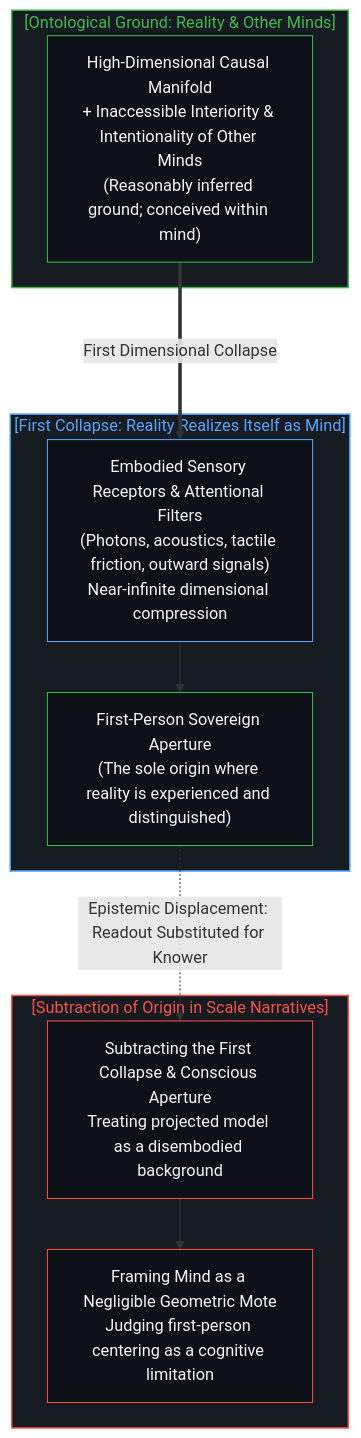
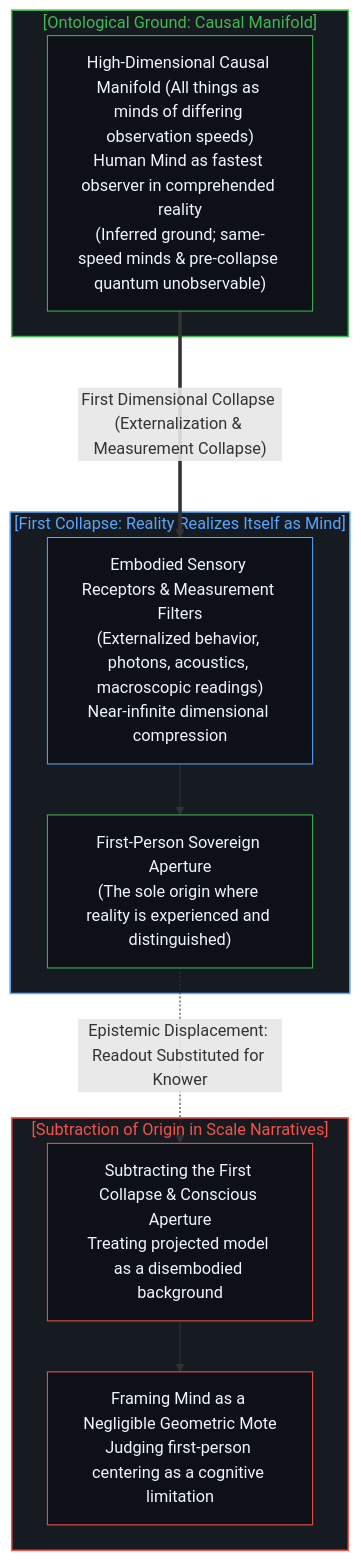
One commit to powerpig99/not-a-toe changed the second of 8 diagrams in content/posts/one-cannot-escape-ones-own-mind.md. Above: the diagram before and after it, drawn with Mermaid. The commit also changed other lines of this file and 2 other files, not shown here.

Commit message:
Refine Post #332: Deconstruct physical dualism; articulate generalized mind observation speeds, parity non-observability, and quantum collapse isomorphism

````diff
--- a/content/posts/one-cannot-escape-ones-own-mind.md
+++ b/content/posts/one-cannot-escape-ones-own-mind.md
@@ -48,30 +52,30 @@
 ```mermaid
 flowchart TD
-    subgraph S_RealityOrigin_EN ["[Ontological Ground: Reality & Other Minds]"]
-        RE1["High-Dimensional Causal Manifold<br/>+ Inaccessible Interiority & Intentionality of Other Minds<br/>(Reasonably inferred ground; conceived within mind)"]
+    subgraph S_RealityOrigin_EN ["[Ontological Ground: Causal Manifold]"]
+        RE1["High-Dimensional Causal Manifold (All things as minds of differing observation speeds)<br/>Human Mind as fastest observer in comprehended reality<br/>(Inferred ground; same-speed minds & pre-collapse quantum unobservable)"]
     end
 
     subgraph S_FirstCollapse_EN ["[First Collapse: Reality Realizes Itself as Mind]"]
-        CE1["Embodied Sensory Receptors & Attentional Filters<br/>(Photons, acoustics, tactile friction, outward signals)<br/>Near-infinite dimensional compression"]
+        CE1["Embodied Sensory Receptors & Measurement Filters<br/>(Externalized behavior, photons, acoustics, macroscopic readings)<br/>Near-infinite dimensional compression"]
         ME1["First-Person Sovereign Aperture<br/>(The sole origin where reality is experienced and distinguished)"]
         CE1 --> ME1
     end
 
     subgraph S_TheftInversion_EN ["[Subtraction of Origin in Scale Narratives]"]
         TE1["Subtracting the First Collapse & Conscious Aperture<br/>Treating projected model as a disembodied background"]
         TE2["Framing Mind as a Negligible Geometric Mote<br/>Judging first-person centering as a cognitive limitation"]
         TE1 --> TE2
     end
 
-    RE1 ===>|"First Dimensional Collapse"| CE1
+    RE1 ===>|"First Dimensional Collapse (Externalization & Measurement Collapse)"| CE1
     ME1 -.->|"Epistemic Displacement: Readout Substituted for Knower"| TE1
 
     style S_RealityOrigin_EN fill:#161b22,stroke:#3fb950,stroke-width:1.5px,color:#3fb950
     style S_FirstCollapse_EN fill:#161b22,stroke:#58a6ff,stroke-width:1.5px,color:#58a6ff
     style S_TheftInversion_EN fill:#161b22,stroke:#f85149,stroke-width:1.5px,color:#f85149
     style RE1 fill:#0d1117,stroke:#3fb950,stroke-width:1px,color:#f0f6fc
     style CE1 fill:#0d1117,stroke:#58a6ff,stroke-width:1px,color:#f0f6fc
     style ME1 fill:#0d1117,stroke:#3fb950,stroke-width:1px,color:#f0f6fc
     style TE1 fill:#0d1117,stroke:#f85149,stroke-width:1px,color:#f0f6fc
     style TE2 fill:#0d1117,stroke:#f85149,stroke-width:1px,color:#f0f6fc
 ```
````
